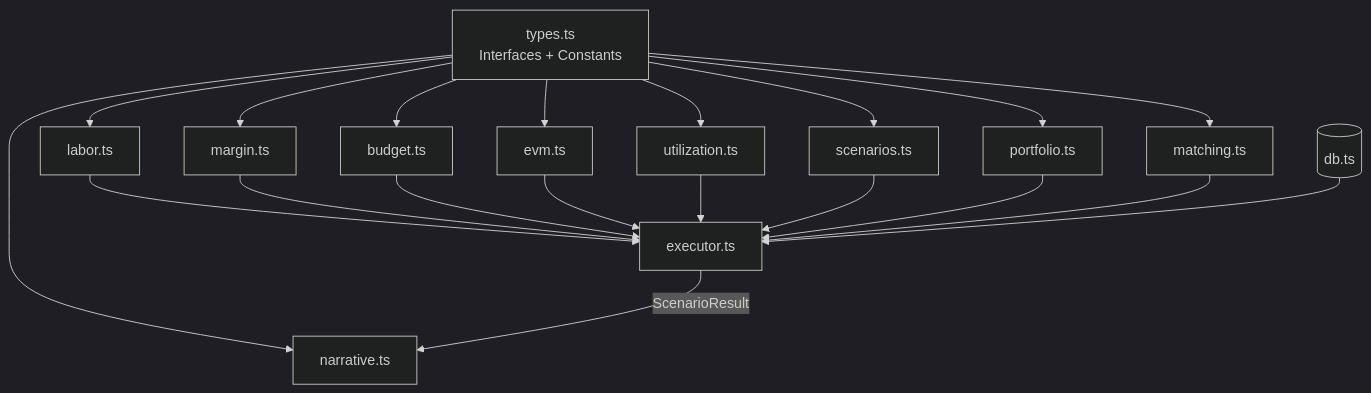
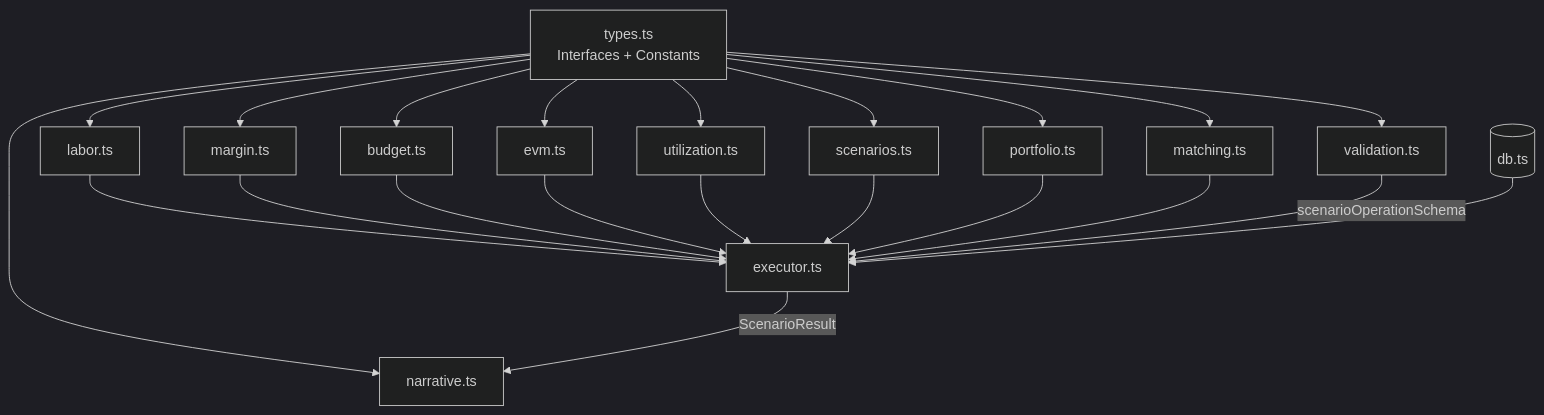
One commit to tafreeman/financial-scenario-engine changed the diagram in docs/engine/index.md. Above: the diagram before and after it, drawn with Mermaid (dark theme). The commit also changed other lines of this file and 17 other files, not shown here.

````diff
--- a/docs/engine/index.md
+++ b/docs/engine/index.md
@@ -7,25 +7,27 @@
 ```mermaid
 graph TD
     T[types.ts<br/>Interfaces + Constants] --> L[labor.ts]
     T --> Ma[margin.ts]
     T --> Bu[budget.ts]
     T --> Ev[evm.ts]
     T --> Ut[utilization.ts]
     T --> Sc[scenarios.ts]
     T --> Po[portfolio.ts]
     T --> Mt[matching.ts]
     T --> Na[narrative.ts]
+    T --> Va[validation.ts]
 
     L --> X[executor.ts]
     Ma --> X
     Bu --> X
     Ev --> X
     Ut --> X
     Sc --> X
     Po --> X
     Mt --> X
 
     X --> |ScenarioResult| Na
+    Va --> |scenarioOperationSchema| X
 
     DB[(db.ts)] --> X
 ```
````
